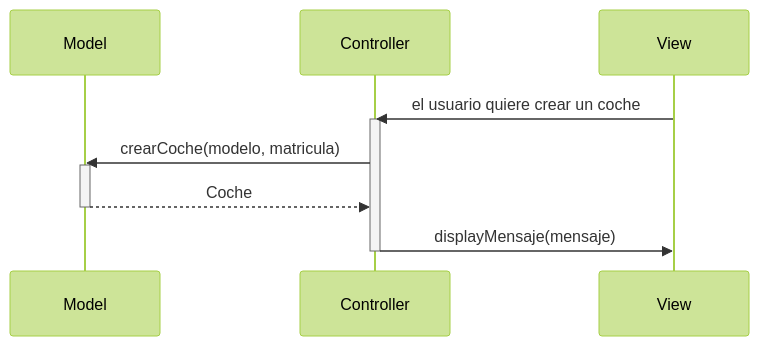
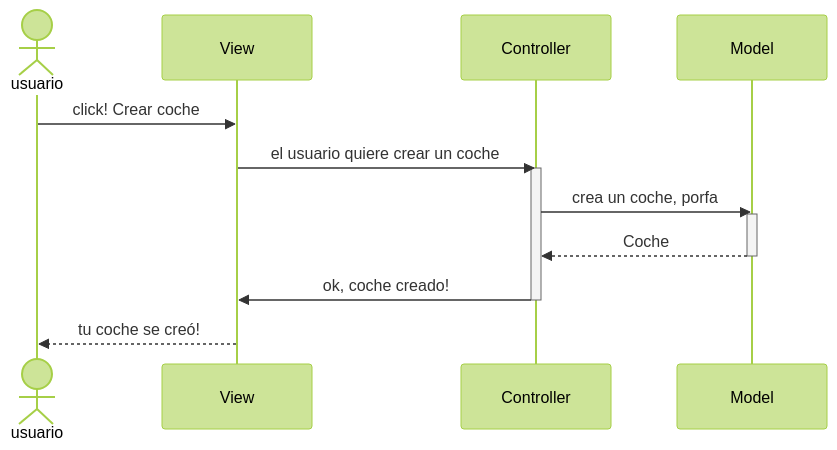
Before and after one commit to ilopezbrion/MVC_coches_observer: the second of 3 diagrams in Readme.md, drawn with Mermaid (forest theme). The commit also changed other lines of this file and 6 other files, not shown here.

````diff
--- a/Readme.md
+++ b/Readme.md
@@ -82,14 +51,18 @@
 ```mermaid
 sequenceDiagram
+    actor usuario
+    participant View
+    participant Controller
     participant Model
-    participant Controller
-    participant View
+    
+    usuario->>View: click! Crear coche
     View->>Controller: el usuario quiere crear un coche
     activate Controller
-    Controller->>Model: crearCoche(modelo, matricula)
+    Controller->>Model: crea un coche, porfa
     activate Model
     Model-->>Controller: Coche
     deactivate Model
-    Controller->>View: displayMensaje(mensaje)
+    Controller->>View: ok, coche creado!
     deactivate Controller
+    View-->>usuario: tu coche se creó!
 ```
````
